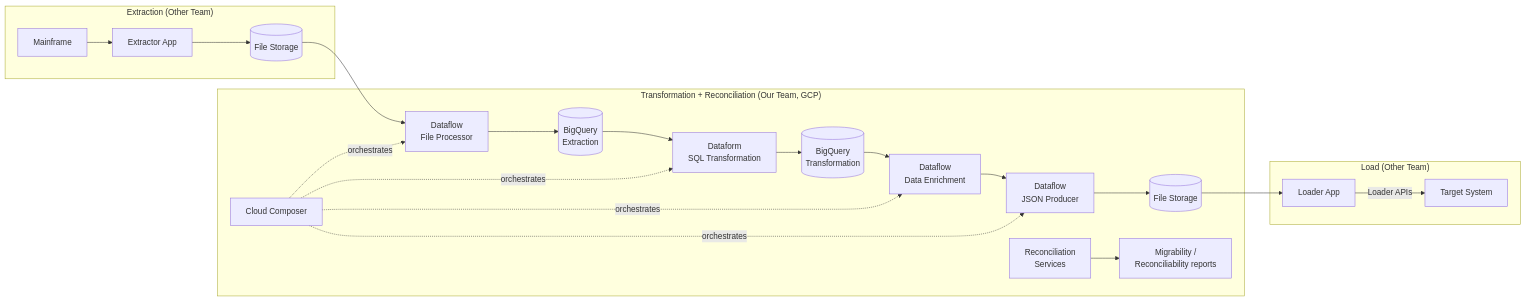
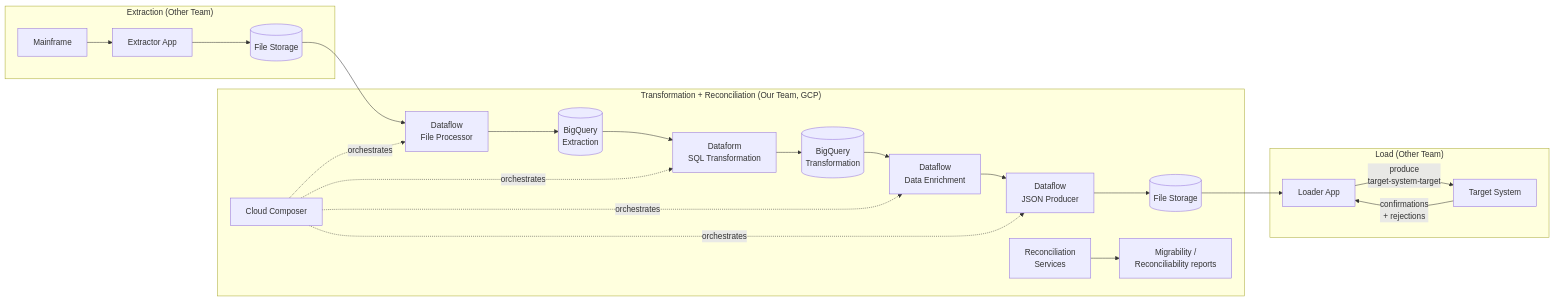
The second of 9 diagrams in README.md (adrian-balaban/test-gcp-dataflow-dataform-cloud-composer), drawn with Mermaid before and after one commit. The commit also changed other lines of this file and 49 other files, not shown here.

````diff
--- a/README.md
+++ b/README.md
@@ -30,16 +30,17 @@
 ```mermaid
 flowchart LR
     subgraph E["Extraction (Other Team)"]
         MF[Mainframe] --> XA[Extractor App] --> FS1[(File Storage)]
     end
     subgraph TR["Transformation + Reconciliation (Our Team, GCP)"]
         FS1 --> FP[Dataflow<br/>File Processor] --> BQ1[(BigQuery<br/>Extraction)]
         BQ1 --> DF[Dataform<br/>SQL Transformation] --> BQ2[(BigQuery<br/>Transformation)]
         BQ2 --> EN[Dataflow<br/>Data Enrichment] --> JP[Dataflow<br/>JSON Producer] --> FS2[(File Storage)]
         CC[Cloud Composer] -. orchestrates .-> FP & DF & EN & JP
         RS[Reconciliation<br/>Services] --> RPT[Migrability /<br/>Reconciliability reports]
     end
     subgraph L["Load (Other Team)"]
-        FS2 --> LA[Loader App] -->|Loader APIs| VC[Target System]
+        FS2 --> LA[Loader App] -->|"produce<br/>target-system-target"| VC[Target System]
+        VC -->|"confirmations<br/>+ rejections"| LA
     end
 ```
````
